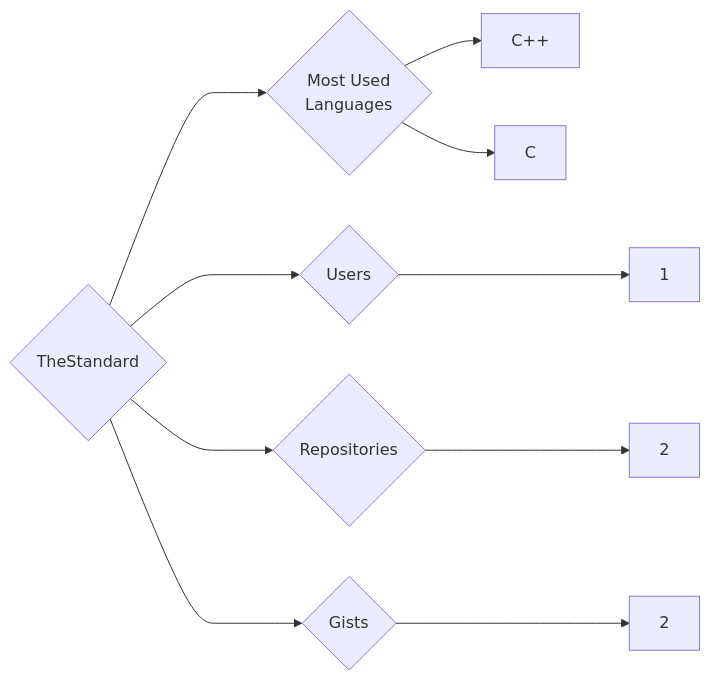
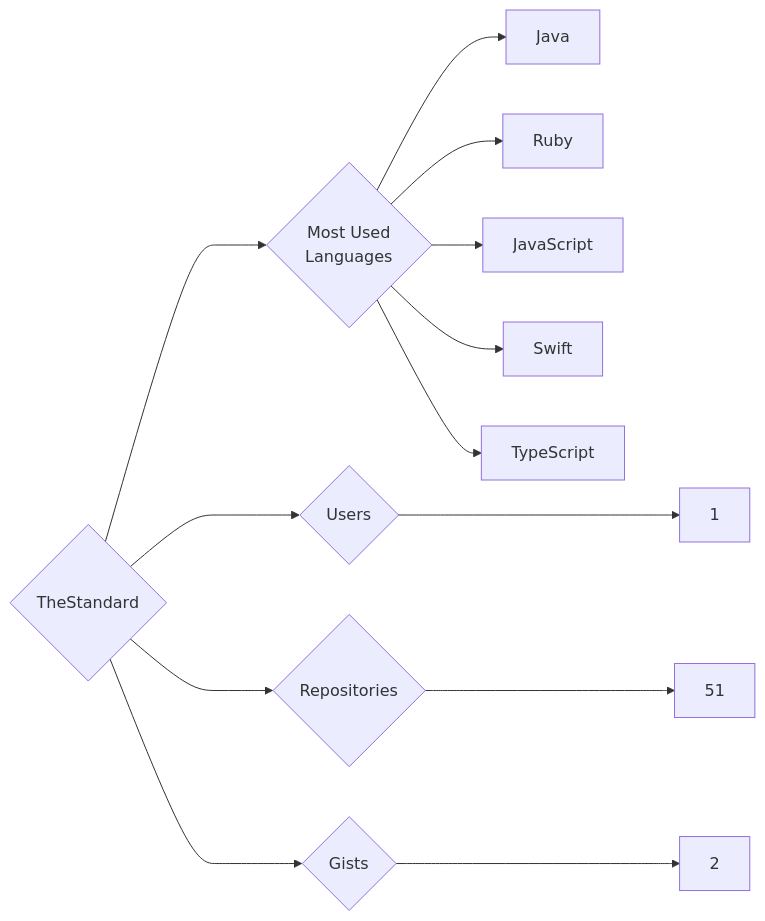
The diagram in targets/TheStandard/README.md (trickest/insiders), drawn with Mermaid before and after one commit. The commit also changed 903 other files, not shown here.

````diff
--- a/targets/TheStandard/README.md
+++ b/targets/TheStandard/README.md
@@ -3,10 +3,13 @@
 ```mermaid
 graph LR
 COMPANY_NAME{TheStandard}
 COMPANY_NAME ---> U{Users} ---> UN[1]
-COMPANY_NAME ---> R{Repositories} ---> RN[2]
+COMPANY_NAME ---> R{Repositories} ---> RN[51]
 COMPANY_NAME ---> G{Gists} ---> GN[2]
 COMPANY_NAME ---> ML{Most Used<br>Languages}
-ML --> C++[C++]
-ML --> C[C]
+ML --> Java[Java]
+ML --> Ruby[Ruby]
+ML --> JavaScript[JavaScript]
+ML --> Swift[Swift]
+ML --> TypeScript[TypeScript]
 ```
````
